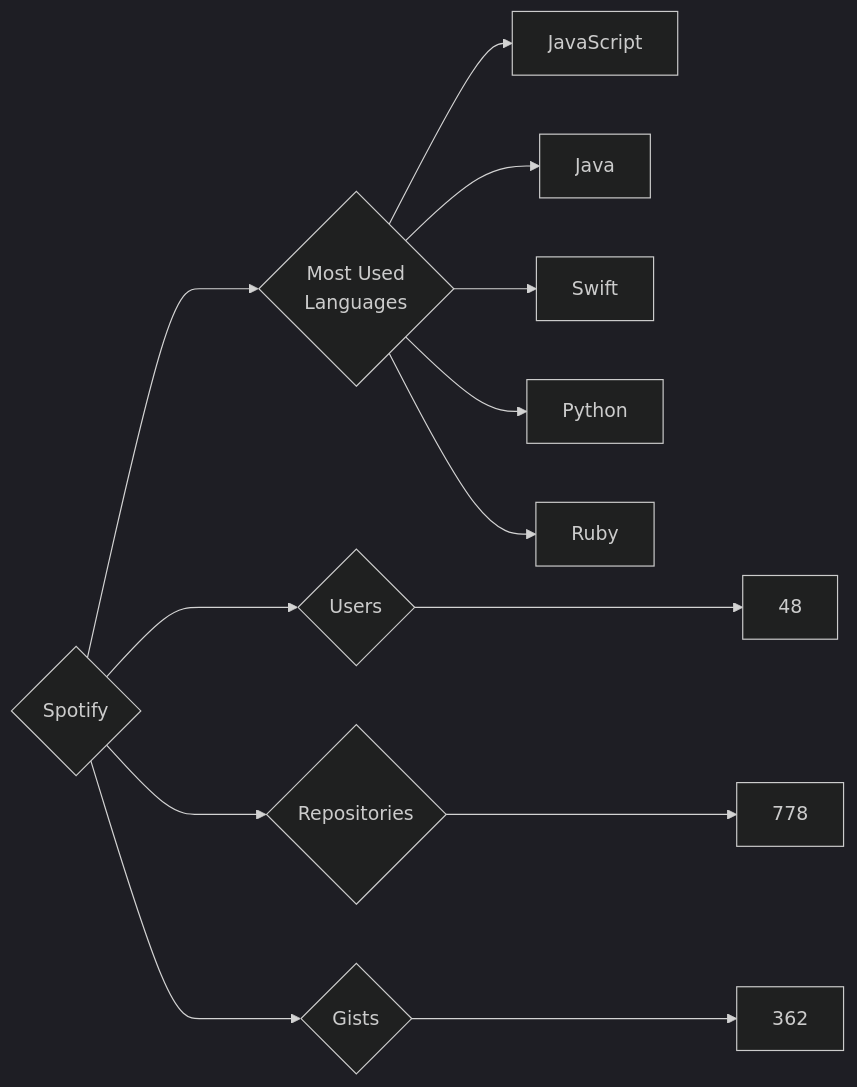
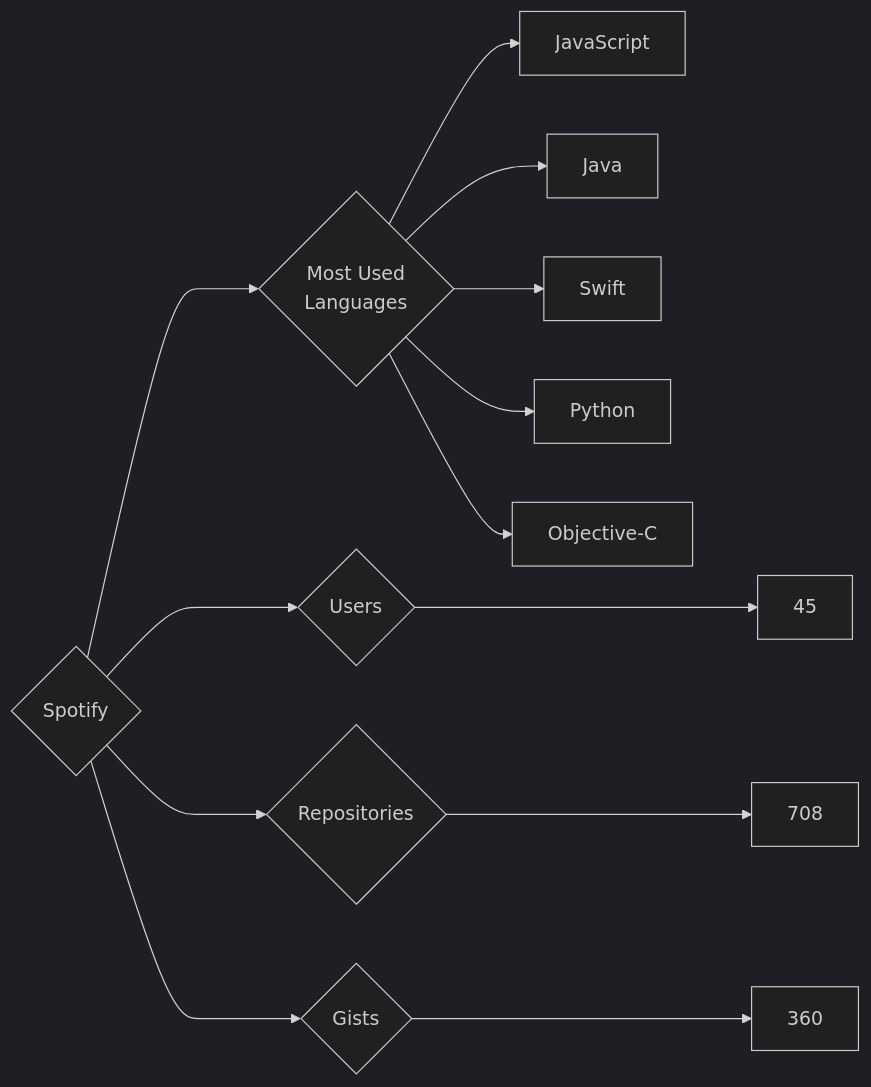
The diagram in targets/Spotify/README.md (trickest/insiders), drawn with Mermaid (dark theme) before and after one commit. The commit also changed 833 other files, not shown here.

````diff
--- a/targets/Spotify/README.md
+++ b/targets/Spotify/README.md
@@ -3,13 +3,13 @@
 ```mermaid
 graph LR
 COMPANY_NAME{Spotify}
-COMPANY_NAME ---> U{Users} ---> UN[48]
-COMPANY_NAME ---> R{Repositories} ---> RN[778]
-COMPANY_NAME ---> G{Gists} ---> GN[362]
+COMPANY_NAME ---> U{Users} ---> UN[45]
+COMPANY_NAME ---> R{Repositories} ---> RN[708]
+COMPANY_NAME ---> G{Gists} ---> GN[360]
 COMPANY_NAME ---> ML{Most Used<br>Languages}
 ML --> JavaScript[JavaScript]
 ML --> Java[Java]
 ML --> Swift[Swift]
 ML --> Python[Python]
-ML --> Ruby[Ruby]
+ML --> Objective-C[Objective-C]
 ```
````
